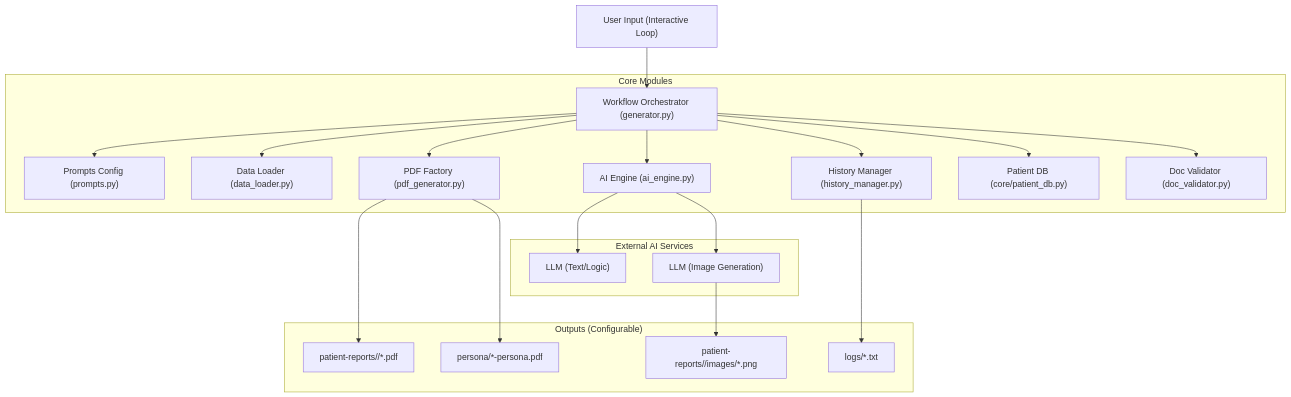
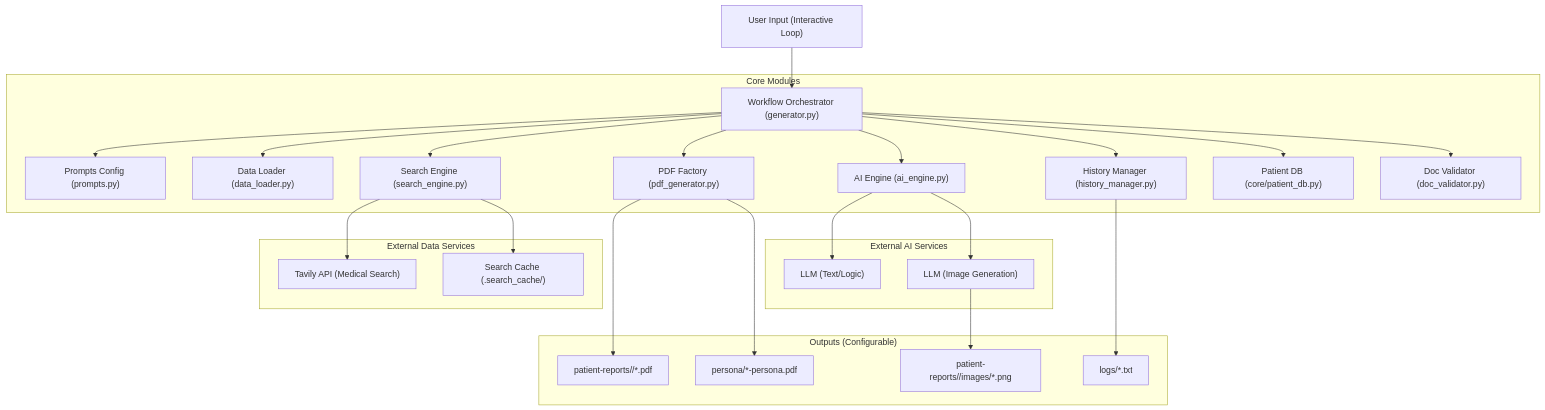
The diagram in ARCHITECTURE.md (akshaykumarar3/pdgenerator), drawn with Mermaid before and after one commit. The commit also changed other lines of this file and 2 other files, not shown here.

First line of the commit message:
docs: Update documentation for web search integration and summary improvements

````diff
--- a/ARCHITECTURE.md
+++ b/ARCHITECTURE.md
@@ -11,26 +11,32 @@
 ```mermaid
 graph TD
     UserInput["User Input (Interactive Loop)"] --> Generator["Workflow Orchestrator (generator.py)"]
     
     subgraph "Core Modules"
         Generator --> Prompts["Prompts Config (prompts.py)"]
         Generator --> Loader["Data Loader (data_loader.py)"]
         Generator --> AI["AI Engine (ai_engine.py)"]
         Generator --> PDF["PDF Factory (pdf_generator.py)"]
+        Generator --> Search["Search Engine (search_engine.py)"]
         Generator --> History["History Manager (history_manager.py)"]
         Generator --> DB["Patient DB (core/patient_db.py)"]
         Generator --> Val["Doc Validator (doc_validator.py)"]
     end
     
     subgraph "External AI Services"
         AI --> LLMText["LLM (Text/Logic)"]
         AI --> LLMImage["LLM (Image Generation)"]
     end
     
+    subgraph "External Data Services"
+        Search --> Tavily["Tavily API (Medical Search)"]
+        Search --> Cache["Search Cache (.search_cache/)"]
+    end
+    
     subgraph "Outputs (Configurable)"
         PDF --> Docs["patient-reports/<ID>/*.pdf"]
         PDF --> Persona["persona/*-persona.pdf"]
         LLMImage --> Images["patient-reports/<ID>/images/*.png"]
         History --> Logs["logs/*.txt"]
     end
 ```
````
